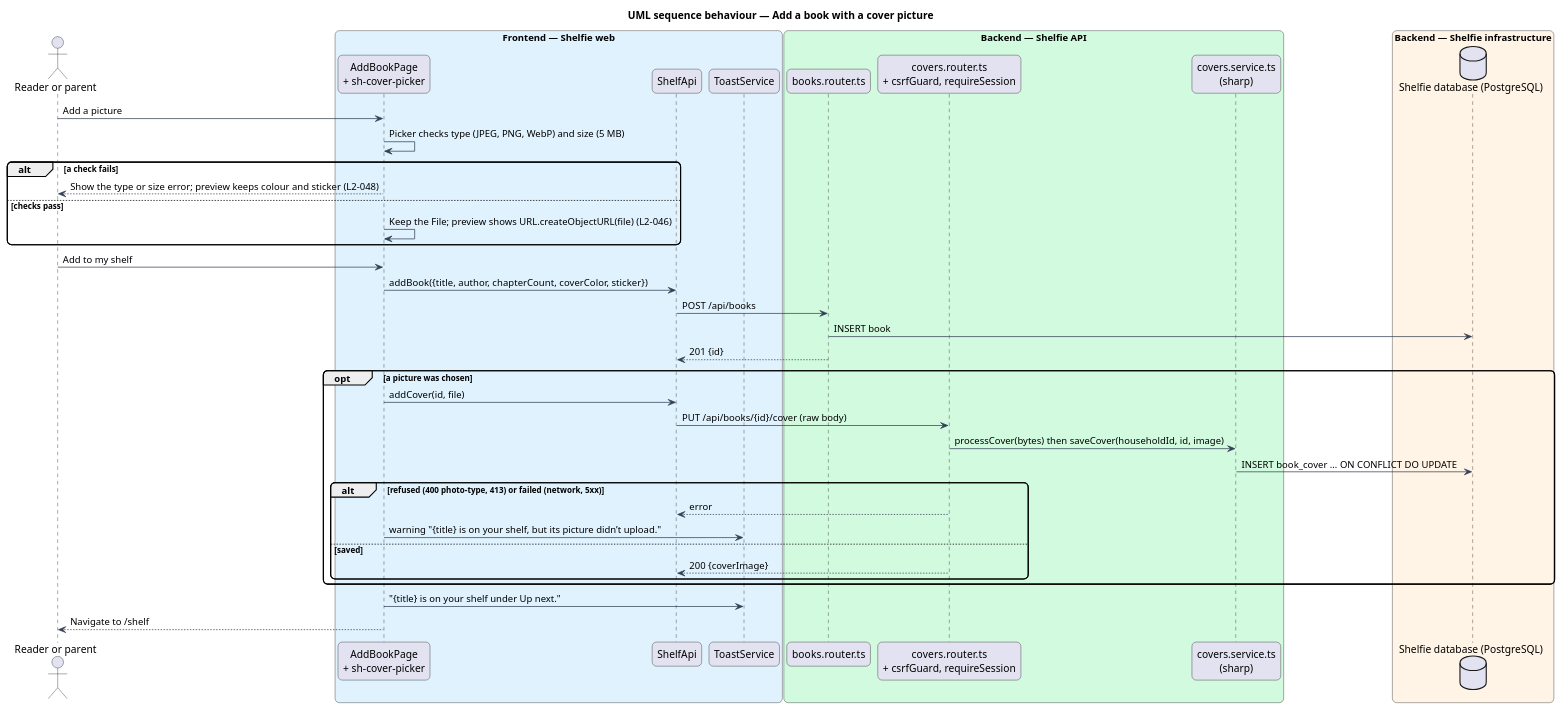
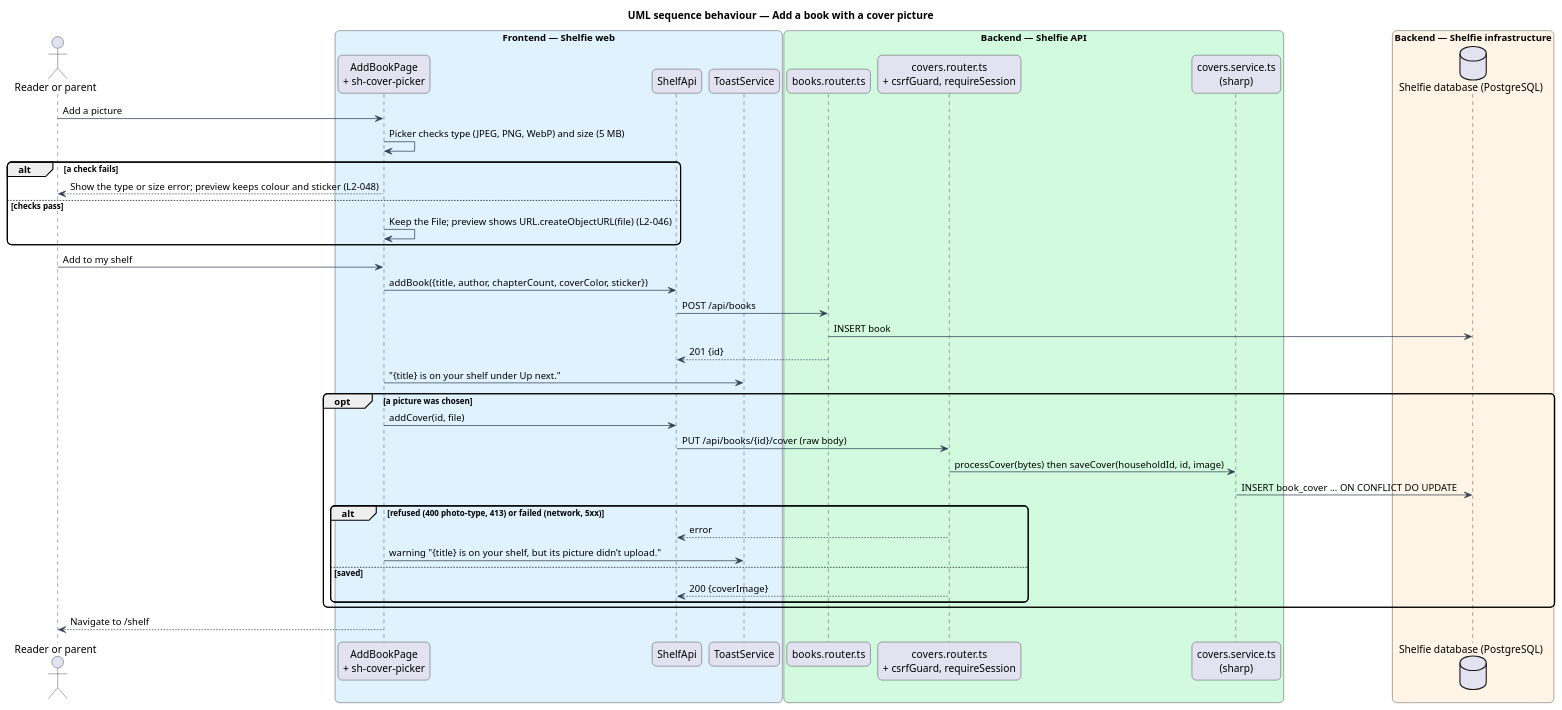
Before and after one commit to QuinntyneBrown/shelfie: the diagram in docs/detailed-designs/books/upload-book-cover/diagrams/sequence-add-book-with-picture.puml, drawn with PlantUML. The commit also changed other lines of this file and 18 other files, not shown here.

```diff
--- a/docs/detailed-designs/books/upload-book-cover/diagrams/sequence-add-book-with-picture.puml
+++ b/docs/detailed-designs/books/upload-book-cover/diagrams/sequence-add-book-with-picture.puml
@@ -1,48 +1,48 @@
 @startuml
 title UML sequence behaviour — Add a book with a cover picture
 skinparam backgroundColor #FFFFFF
 skinparam shadowing false
 skinparam roundcorner 12
 skinparam defaultFontName Arial
 skinparam ArrowColor #344054
 actor "Reader or parent" as person
 box "Frontend — Shelfie web" #E0F2FE
   participant "AddBookPage\n+ sh-cover-picker" as page
   participant "ShelfApi" as client
   participant "ToastService" as toasts
 end box
 box "Backend — Shelfie API" #D1FADF
   participant "books.router.ts" as books
   participant "covers.router.ts\n+ csrfGuard, requireSession" as router
   participant "covers.service.ts\n(sharp)" as service
 end box
 box "Backend — Shelfie infrastructure" #FFF4E5
   database "Shelfie database (PostgreSQL)" as db
 end box
 person -> page : Add a picture
 page -> page : Picker checks type (JPEG, PNG, WebP) and size (5 MB)
 alt a check fails
   page --> person : Show the type or size error; preview keeps colour and sticker (L2-048)
 else checks pass
   page -> page : Keep the File; preview shows URL.createObjectURL(file) (L2-046)
 end
 person -> page : Add to my shelf
 page -> client : addBook({title, author, chapterCount, coverColor, sticker})
 client -> books : POST /api/books
 books -> db : INSERT book
 books --> client : 201 {id}
+page -> toasts : "{title} is on your shelf under Up next."
 opt a picture was chosen
   page -> client : addCover(id, file)
   client -> router : PUT /api/books/{id}/cover (raw body)
   router -> service : processCover(bytes) then saveCover(householdId, id, image)
   service -> db : INSERT book_cover … ON CONFLICT DO UPDATE
   alt refused (400 photo-type, 413) or failed (network, 5xx)
     router --> client : error
     page -> toasts : warning "{title} is on your shelf, but its picture didn’t upload."
   else saved
     router --> client : 200 {coverImage}
   end
 end
-page -> toasts : "{title} is on your shelf under Up next."
 page --> person : Navigate to /shelf
 @enduml
```
